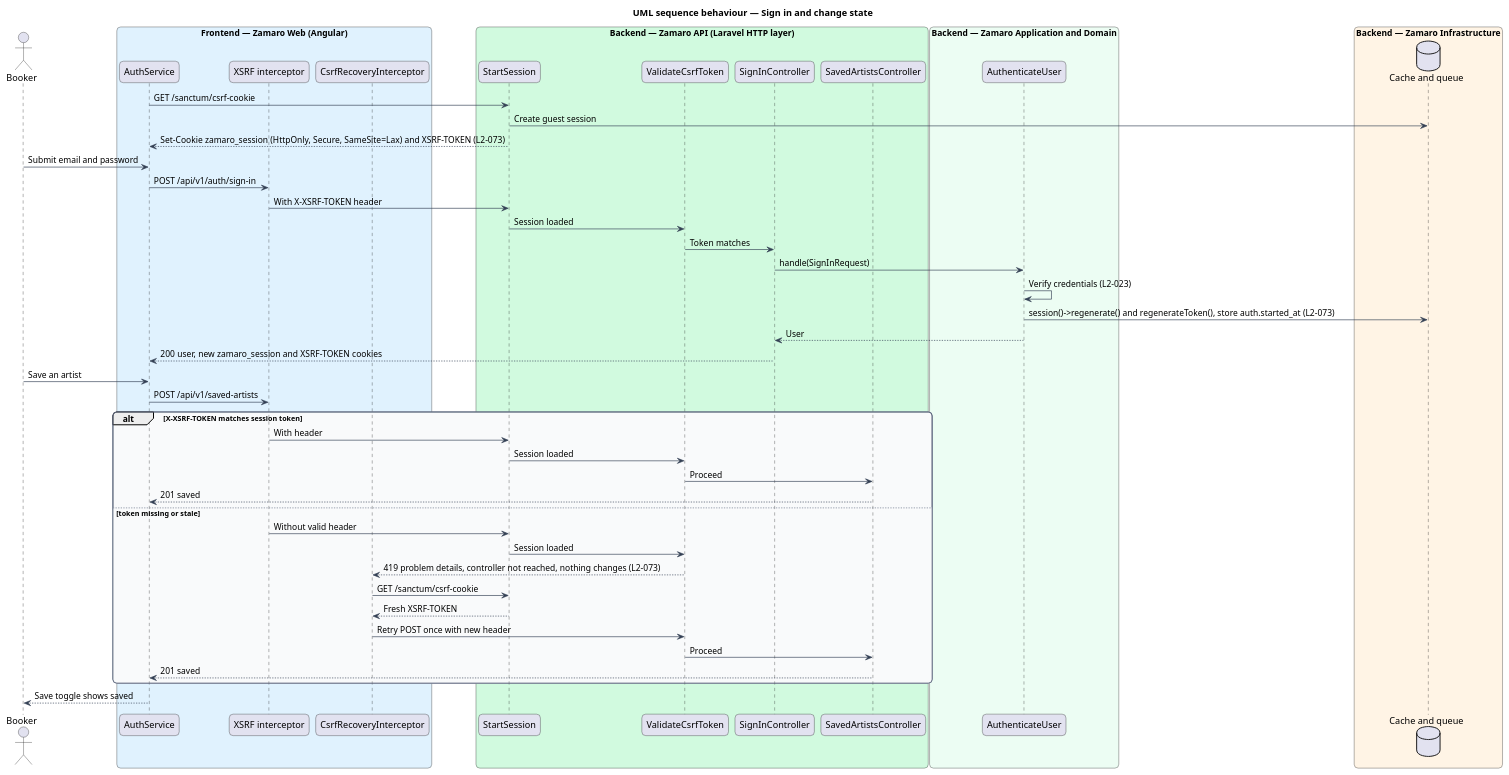
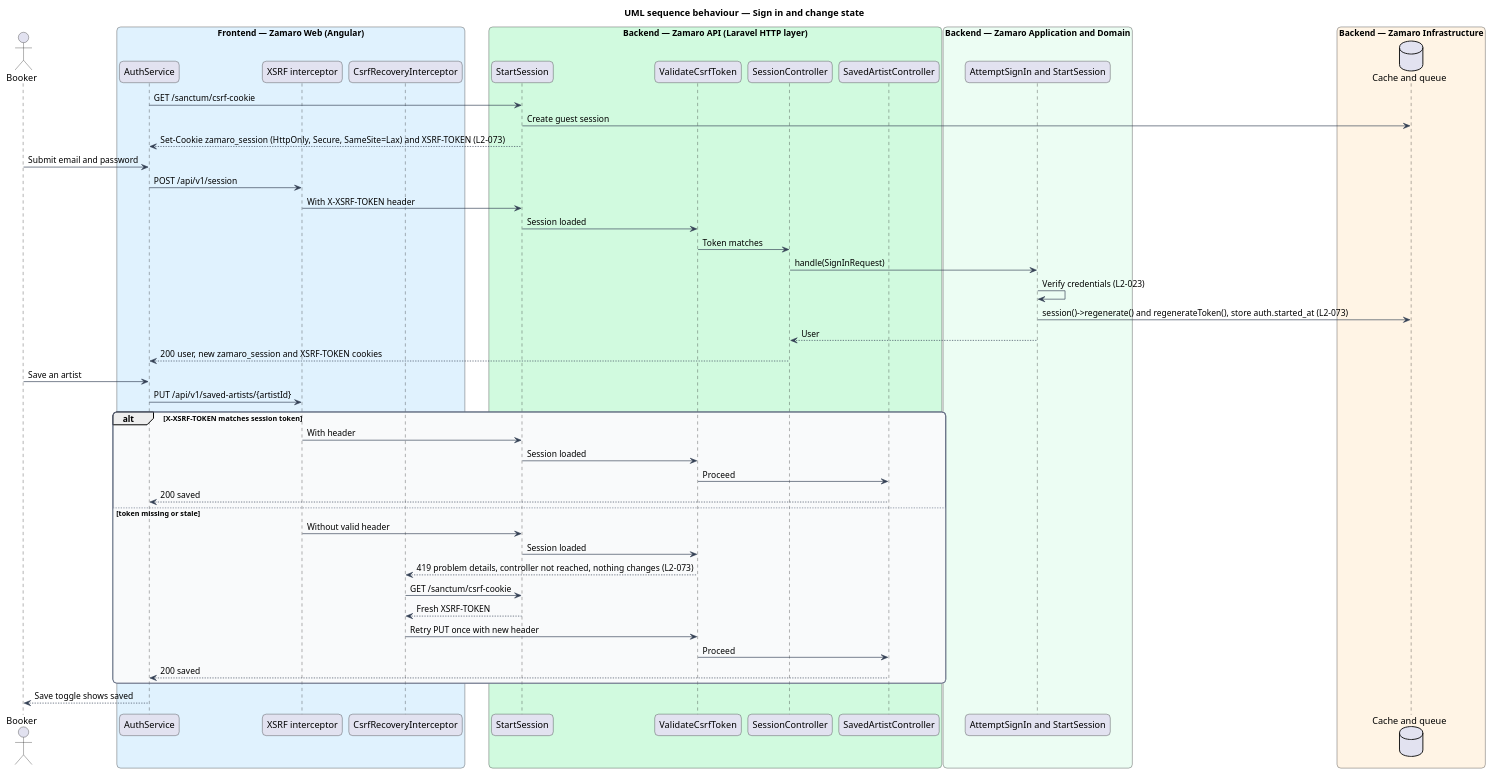
The diagram in docs/detailed-designs/security/manage-sessions-and-csrf/diagrams/sequence-sign-in-and-change-state.puml (QuinntyneBrown/zamaro), drawn with PlantUML before and after one commit. The commit also changed 379 other files, not shown here.

```diff
--- a/docs/detailed-designs/security/manage-sessions-and-csrf/diagrams/sequence-sign-in-and-change-state.puml
+++ b/docs/detailed-designs/security/manage-sessions-and-csrf/diagrams/sequence-sign-in-and-change-state.puml
@@ -1,67 +1,67 @@
 @startuml
 title UML sequence behaviour — Sign in and change state
 skinparam backgroundColor #FFFFFF
 skinparam shadowing false
 skinparam roundcorner 12
 skinparam defaultFontName Arial
 skinparam ArrowColor #344054
 skinparam rectangle {
   BorderColor #344054
   FontColor #101828
 }
 skinparam package {
   BorderColor #667085
   FontColor #101828
   BackgroundColor #F9FAFB
 }
 actor "Booker" as actor
 box "Frontend — Zamaro Web (Angular)" #E0F2FE
   participant "AuthService" as auth
   participant "XSRF interceptor" as xsrf
   participant "CsrfRecoveryInterceptor" as recover
 end box
 box "Backend — Zamaro API (Laravel HTTP layer)" #D1FADF
   participant "StartSession" as start
   participant "ValidateCsrfToken" as csrf
-  participant "SignInController" as signin
-  participant "SavedArtistsController" as saved
+  participant "SessionController" as signin
+  participant "SavedArtistController" as saved
 end box
 box "Backend — Zamaro Application and Domain" #ECFDF3
-  participant "AuthenticateUser" as action
+  participant "AttemptSignIn and StartSession" as action
 end box
 box "Backend — Zamaro Infrastructure" #FFF4E5
   database "Cache and queue" as cache
 end box
 
 auth -> start : GET /sanctum/csrf-cookie
 start -> cache : Create guest session
 start --> auth : Set-Cookie zamaro_session (HttpOnly, Secure, SameSite=Lax) and XSRF-TOKEN (L2-073)
 actor -> auth : Submit email and password
-auth -> xsrf : POST /api/v1/auth/sign-in
+auth -> xsrf : POST /api/v1/session
 xsrf -> start : With X-XSRF-TOKEN header
 start -> csrf : Session loaded
 csrf -> signin : Token matches
 signin -> action : handle(SignInRequest)
 action -> action : Verify credentials (L2-023)
 action -> cache : session()->regenerate() and regenerateToken(), store auth.started_at (L2-073)
 action --> signin : User
 signin --> auth : 200 user, new zamaro_session and XSRF-TOKEN cookies
 actor -> auth : Save an artist
-auth -> xsrf : POST /api/v1/saved-artists
+auth -> xsrf : PUT /api/v1/saved-artists/{artistId}
 alt X-XSRF-TOKEN matches session token
   xsrf -> start : With header
   start -> csrf : Session loaded
   csrf -> saved : Proceed
-  saved --> auth : 201 saved
+  saved --> auth : 200 saved
 else token missing or stale
   xsrf -> start : Without valid header
   start -> csrf : Session loaded
   csrf --> recover : 419 problem details, controller not reached, nothing changes (L2-073)
   recover -> start : GET /sanctum/csrf-cookie
   start --> recover : Fresh XSRF-TOKEN
-  recover -> csrf : Retry POST once with new header
+  recover -> csrf : Retry PUT once with new header
   csrf -> saved : Proceed
-  saved --> auth : 201 saved
+  saved --> auth : 200 saved
 end
 auth --> actor : Save toggle shows saved
 @enduml
```
